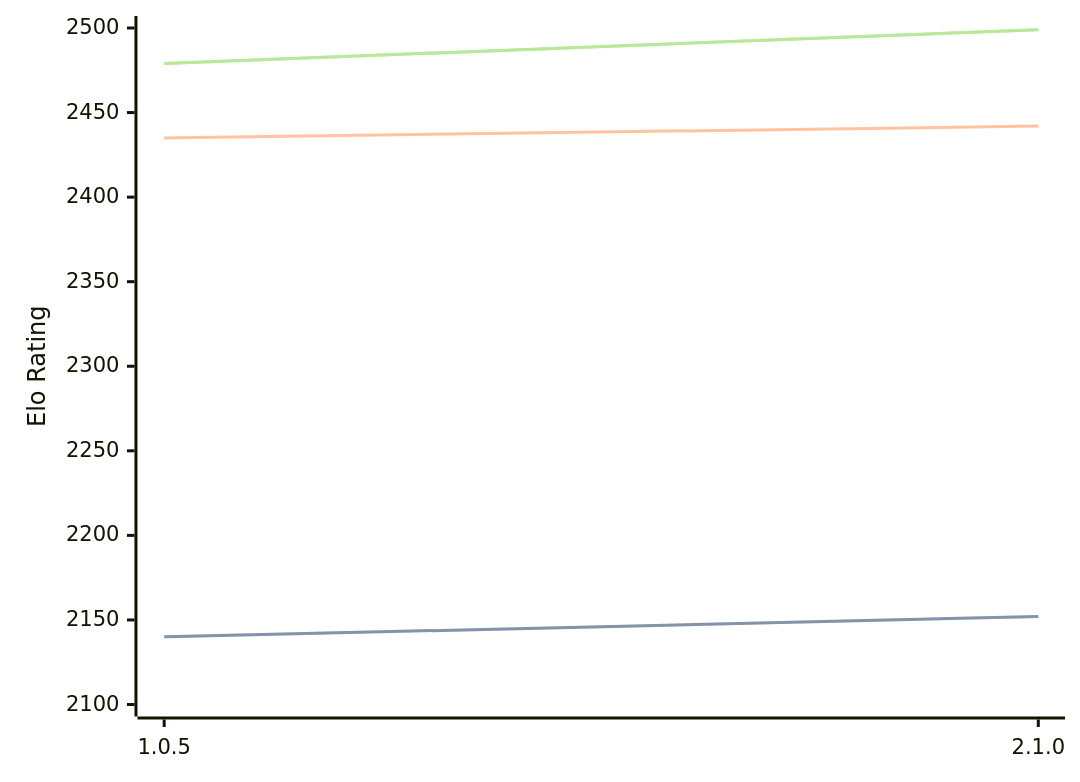
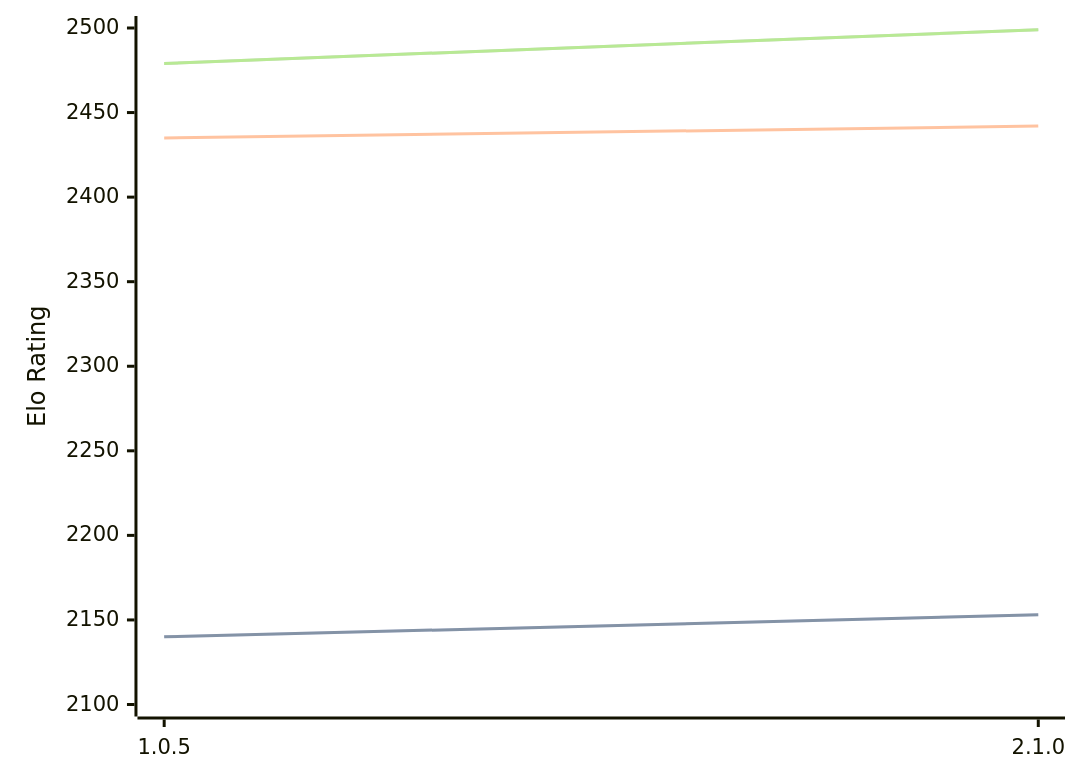
The diagram in engines/Ruffian.md (computer-chess-index/cci), drawn with Mermaid before and after one commit. The commit also changed other lines of this file, not shown here.

````diff
--- a/engines/Ruffian.md
+++ b/engines/Ruffian.md
@@ -32,11 +32,11 @@
 ```mermaid
 %%{init: {"theme":"base","themeVariables":{"seriesColors:['#a3a3a3','#222221','#faa371']}}}%%
 xychart-beta
   x-axis ["1.0.5", "2.1.0"]
   y-axis "Elo Rating" 2100 --> 2500
-  line "STC (8.0+0.08s)" [2140, 2152]
-  line "STC (8.0+0.08s)" [2140, 2152]
+  line "STC (8.0+0.08s)" [2140, 2153]
+  line "STC (8.0+0.08s)" [2140, 2153]
   line "LTC (60.0+0.60s)" [2435, 2442]
   line "VLTC (2m24s+1.12s)" [2479, 2499]
   line "VLTC (2m24s+1.12s)" [2479, 2499]
 ```
````
